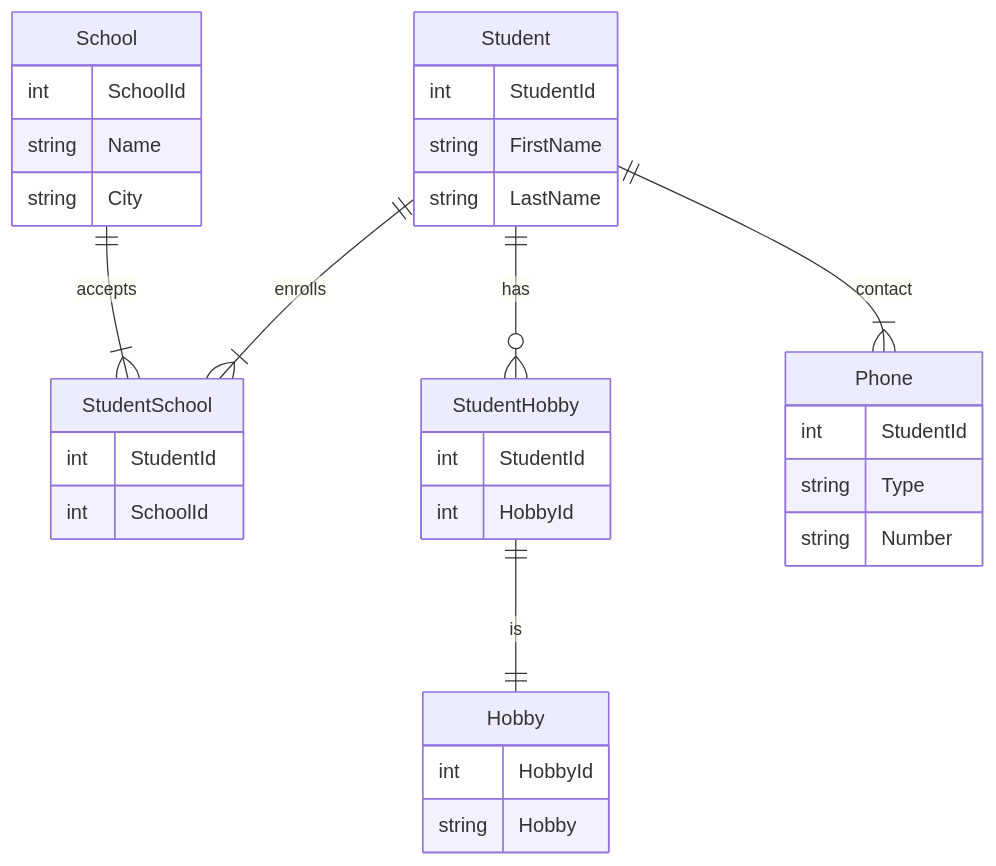
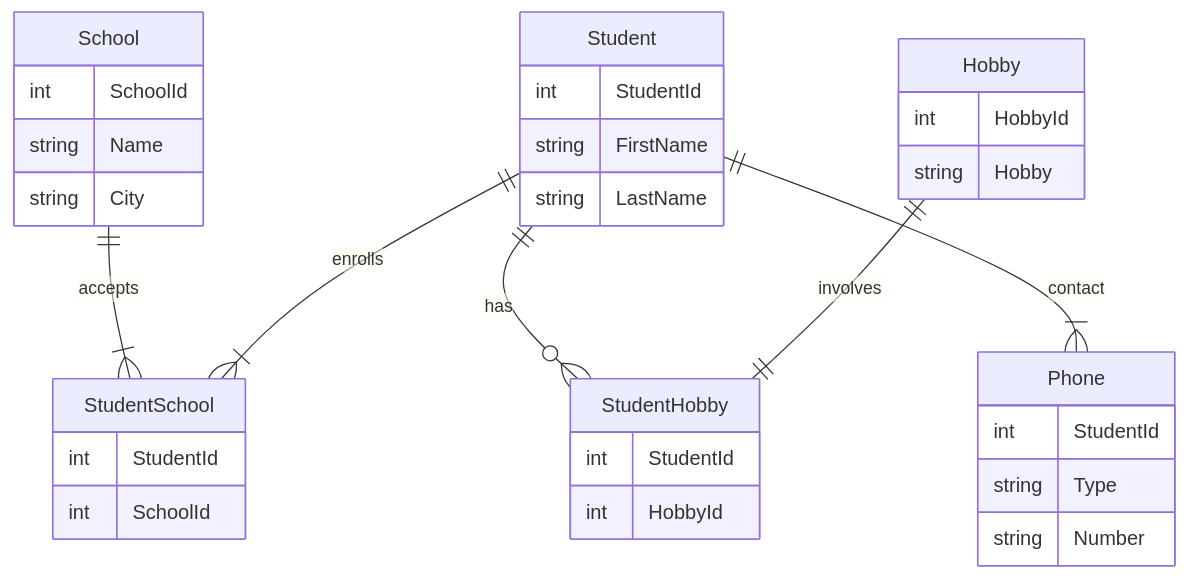
Before and after one commit to ellinorekmark/db2022: the diagram in README.md, drawn with Mermaid.

````diff
--- a/README.md
+++ b/README.md
@@ -1,44 +1,44 @@
 ```mermaid
 
 erDiagram    
     School ||--|{ StudentSchool : accepts
     Student || --|{StudentSchool : enrolls
     Student ||--o{StudentHobby : has
-    StudentHobby ||--||Hobby : is
+    Hobby ||--||StudentHobby : involves
     Student ||--|{Phone : contact
     
     
     StudentSchool {
         int StudentId
         int SchoolId
     }
     
     Student {
         int StudentId
         string FirstName
         string LastName
     }
     
     School {
         int SchoolId
         string Name
         string City
     }
 
     StudentHobby {
         int StudentId
         int HobbyId
     }
 
     Hobby {
         int HobbyId
         string Hobby
     }
 
     Phone {
         int StudentId
         string Type
         string Number
     }
 
 ```
````
